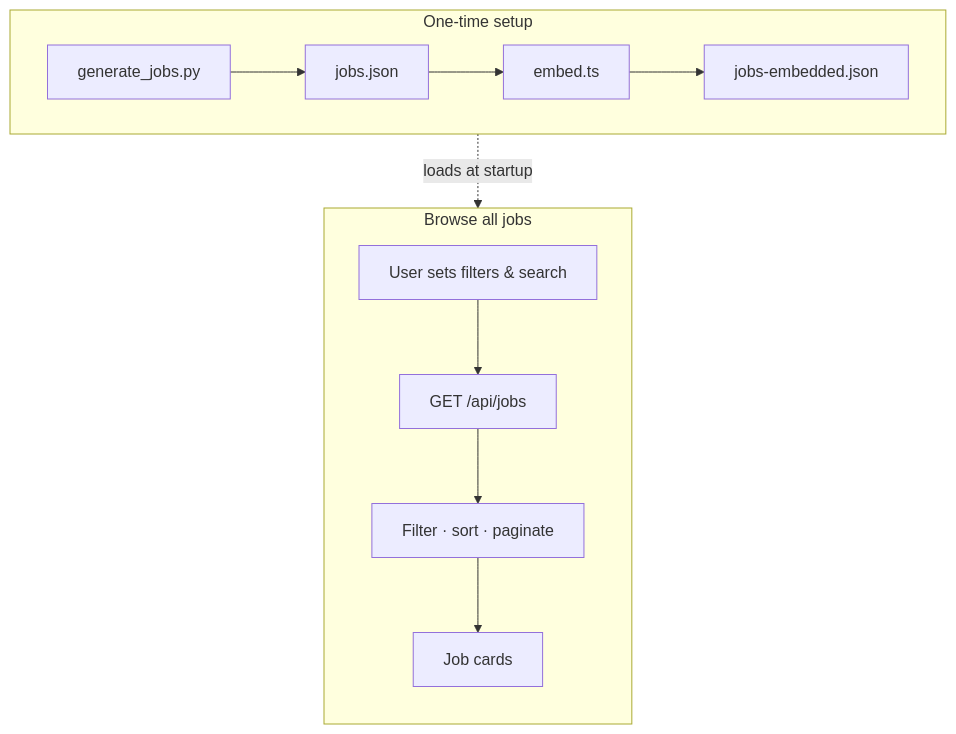
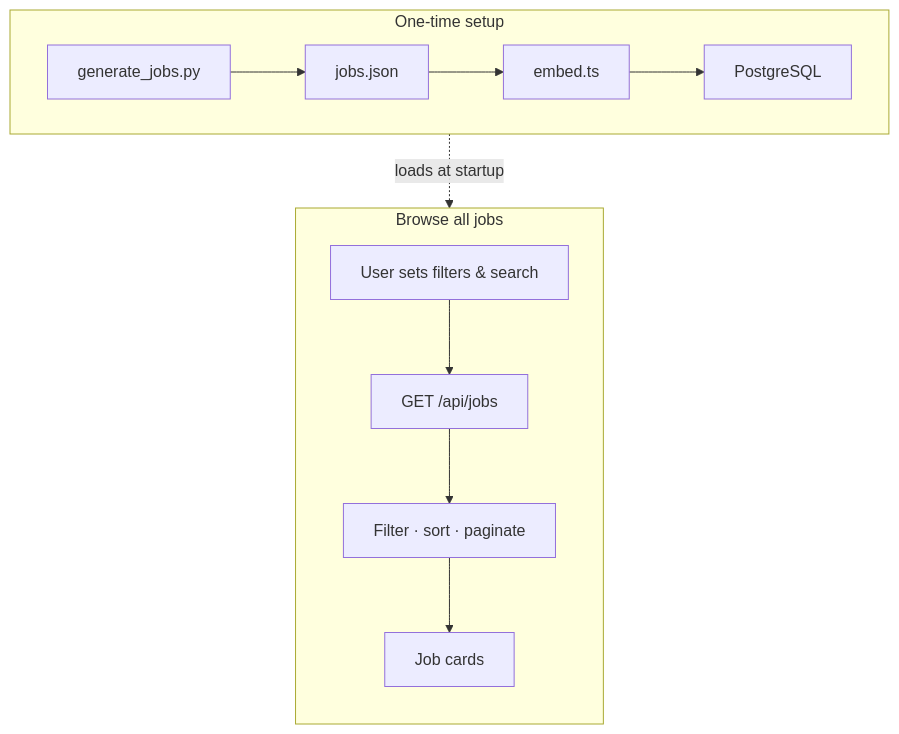
One commit to MeenakshiMadhu/scoutAI changed the second of 3 diagrams in README.md. Above: the diagram before and after it, drawn with Mermaid. The commit also changed other lines of this file and 17 other files, not shown here.

````diff
--- a/README.md
+++ b/README.md
@@ -112,18 +113,18 @@
 ```mermaid
 flowchart TB
   subgraph SETUP["One-time setup"]
     direction LR
-    S1["generate_jobs.py"] --> S2["jobs.json"] --> S3["embed.ts"] --> S4["jobs-embedded.json"]
+    S1["generate_jobs.py"] --> S2["jobs.json"] --> S3["embed.ts"] --> S4["PostgreSQL"]
   end
 
   subgraph BROWSE["Browse all jobs"]
     direction TB
     U1["User sets filters & search"]
     U2["GET /api/jobs"]
     U3["Filter · sort · paginate"]
     U4["Job cards"]
     U1 --> U2 --> U3 --> U4
   end
 
   S4 -.->|loads at startup| U2
 ```
````
